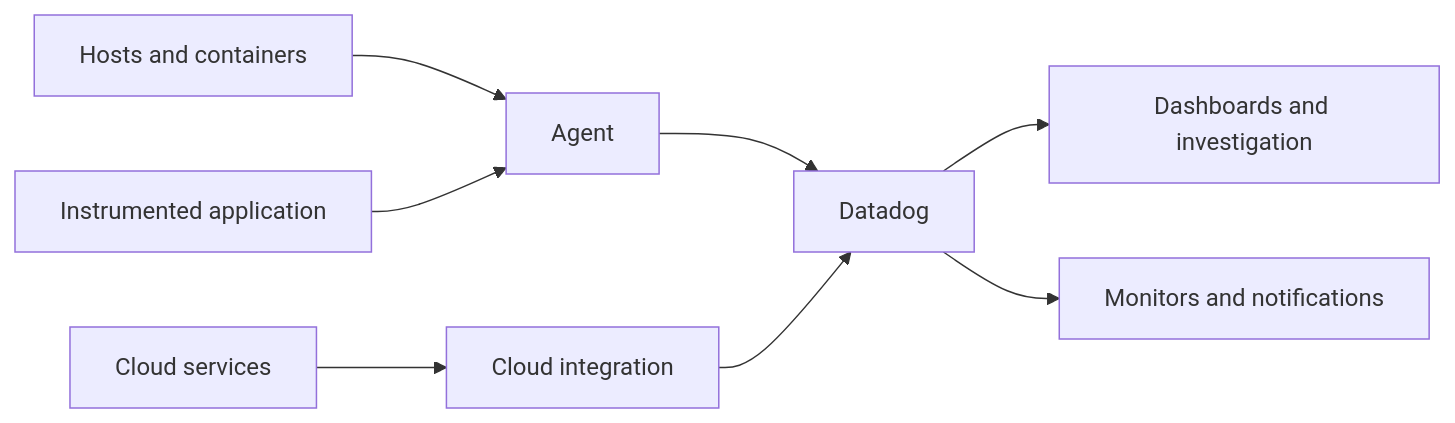
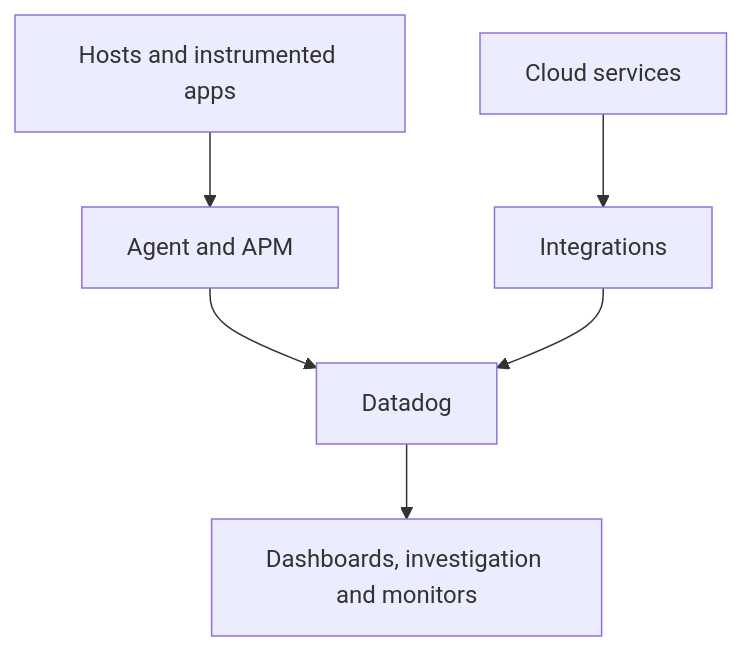
Before and after one commit to DonalGeraghty/study-repository: the diagram in docs/platform-engineering/observability/datadog.md, drawn with Mermaid. The commit also changed 17 other files, not shown here.

First line of the commit message:
Tighten Mermaid layout readability

````diff
--- a/docs/platform-engineering/observability/datadog.md
+++ b/docs/platform-engineering/observability/datadog.md
@@ -25,10 +25,8 @@
 ```mermaid
-flowchart LR
-    H[Hosts and containers] --> A[Agent]
-    S[Instrumented application] --> A
-    C[Cloud services] --> I[Cloud integration]
+flowchart TD
+    H[Hosts and instrumented apps] --> A[Agent and APM]
+    C[Cloud services] --> I[Integrations]
     A --> D[Datadog]
     I --> D
-    D --> V[Dashboards and investigation]
-    D --> M[Monitors and notifications]
+    D --> O[Dashboards, investigation and monitors]
 ```
````
